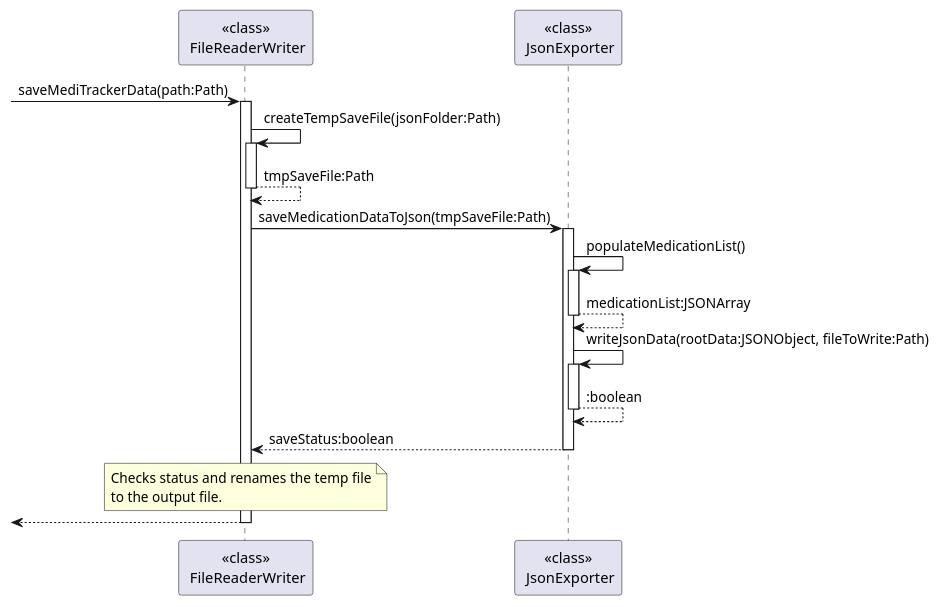
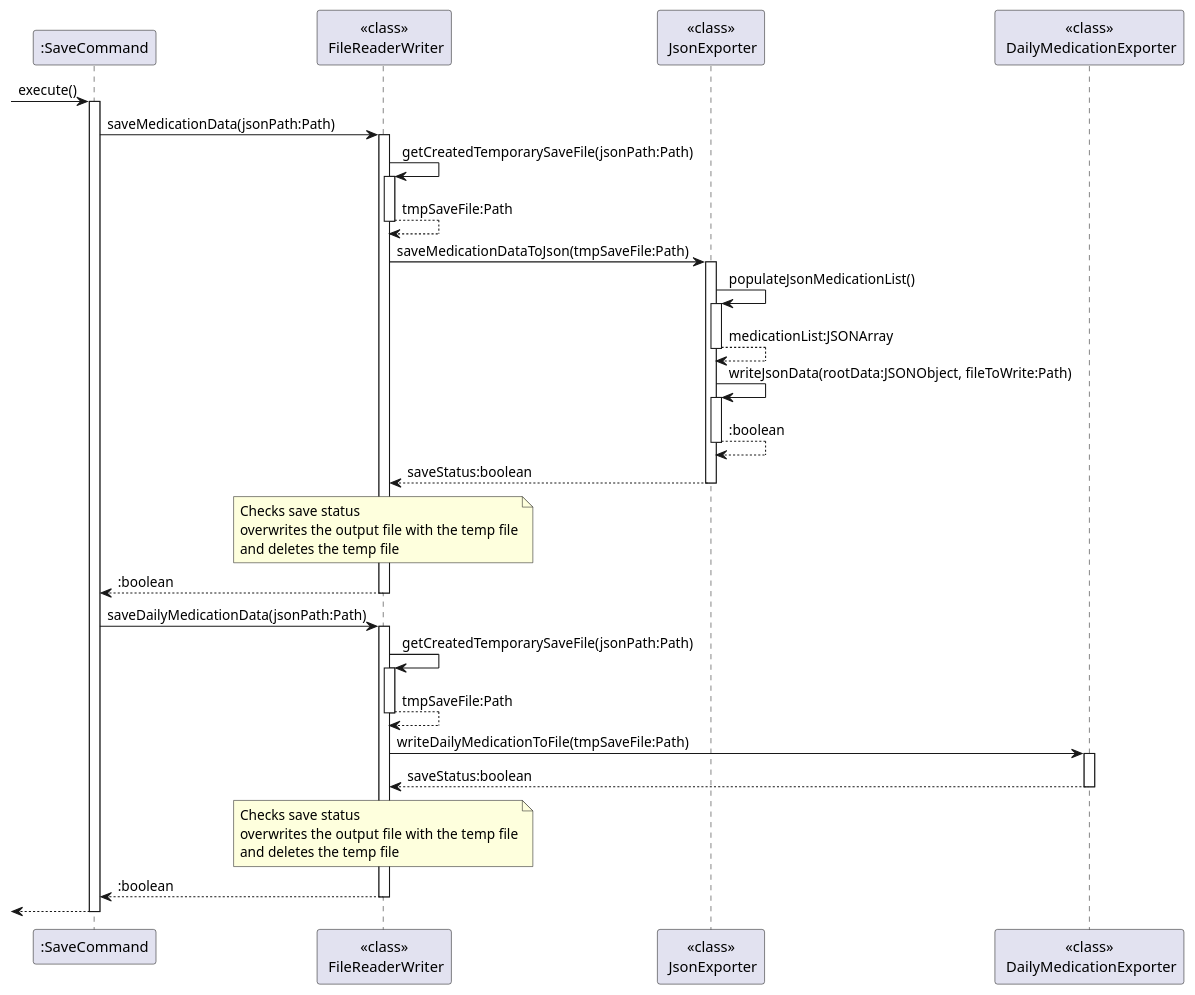
Before and after one commit to e0958902/tp: the diagram in docs/diagrams/JsonFileExport.puml, drawn with PlantUML. The commit also changed 1 other file, not shown here.

Commit message:
docs: Update Sequence Diagram for FileExport

```diff
--- a/docs/diagrams/JsonFileExport.puml
+++ b/docs/diagrams/JsonFileExport.puml
@@ -1,35 +1,74 @@
 @startuml
 
+participant ":SaveCommand" as SC
 participant "<<class>>\n FileReaderWriter" as FRW
 participant "<<class>>\n JsonExporter" as JE
+participant "<<class>>\n DailyMedicationExporter" as DME
 
--> FRW: saveMediTrackerData(path:Path)
+-> SC: execute()
+activate SC
+
+SC -> FRW: saveMedicationData(jsonPath:Path)
 activate FRW
 
-FRW -> FRW: createTempSaveFile(jsonFolder:Path)
+FRW -> FRW: getCreatedTemporarySaveFile(jsonPath:Path)
 activate FRW
 FRW --> FRW: tmpSaveFile:Path
 deactivate FRW
 
 FRW -> JE: saveMedicationDataToJson(tmpSaveFile:Path)
 activate JE
-JE -> JE: populateMedicationList()
+JE -> JE: populateJsonMedicationList()
 activate JE
 JE --> JE: medicationList:JSONArray
 deactivate JE
 JE->JE: writeJsonData(rootData:JSONObject, fileToWrite:Path)
 activate JE
 JE --> JE: :boolean
 deactivate JE
 JE --> FRW: saveStatus:boolean
 
 deactivate JE
 note over FRW
-Checks status and renames the temp file
-to the output file.
+Checks save status
+overwrites the output file with the temp file
+and deletes the temp file
 end note
 
-<-- FRW
+SC <-- FRW: :boolean
 deactivate FRW
 
+
+
+SC -> FRW: saveDailyMedicationData(jsonPath:Path)
+activate FRW
+
+FRW -> FRW: getCreatedTemporarySaveFile(jsonPath:Path)
+activate FRW
+FRW --> FRW: tmpSaveFile:Path
+deactivate FRW
+
+FRW -> DME: writeDailyMedicationToFile(tmpSaveFile:Path)
+activate DME
+
+
+
+FRW <-- DME: saveStatus:boolean
+deactivate DME
+
+
+
+
+
+note over FRW
+Checks save status
+overwrites the output file with the temp file
+and deletes the temp file
+end note
+
+SC <-- FRW : :boolean
+deactivate FRW
+
+<-- SC
+deactivate SC
 @enduml
```
